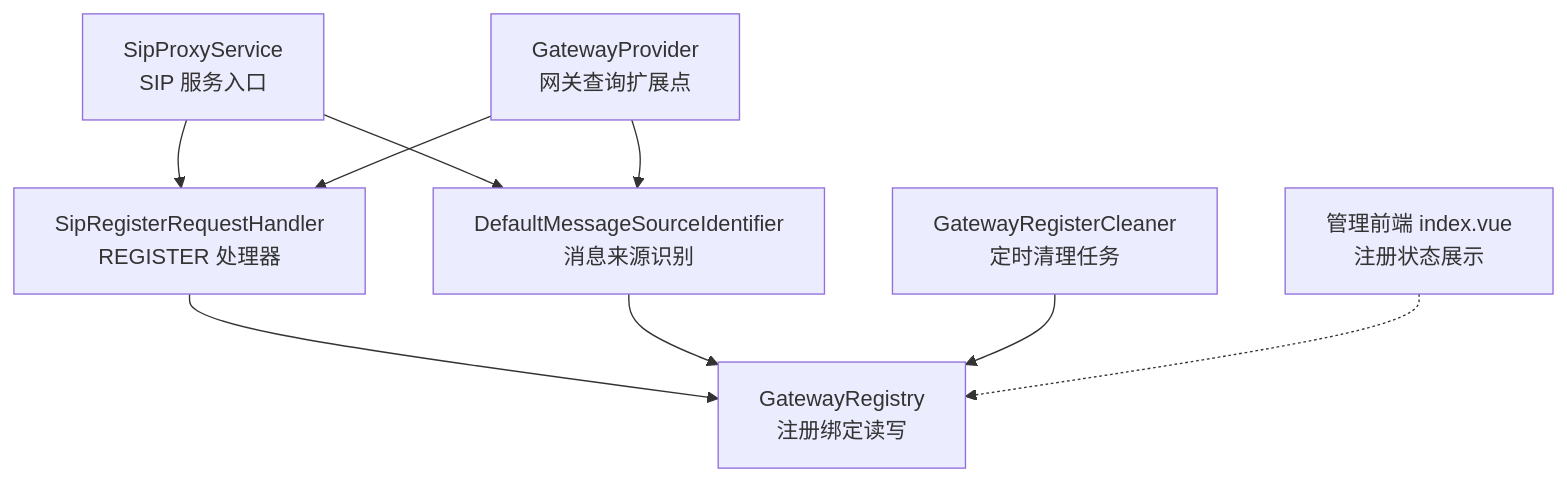
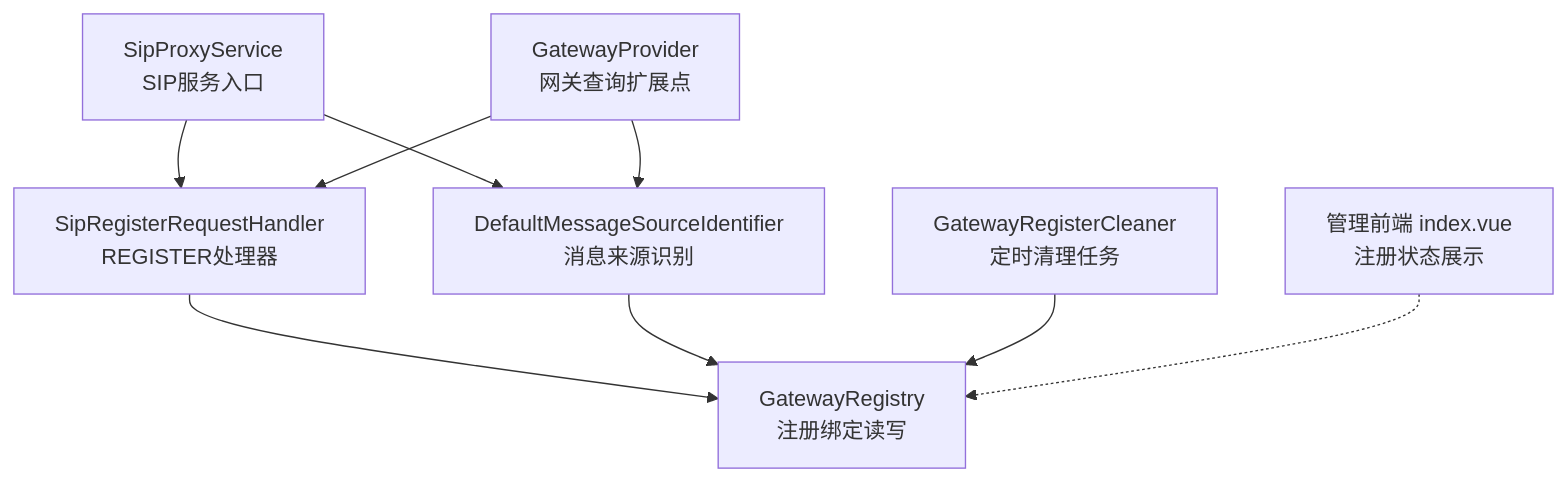
Before and after one commit to D2Moqi/open-ipcc: the first of 7 diagrams in .qoder/repowiki/zh/content/架构设计/SIP代理架构/4G网关注册模式实现方案.md, drawn with Mermaid. The commit also changed other lines of this file and 15 other files, not shown here.

````diff
--- a/.qoder/repowiki/zh/content/架构设计/SIP代理架构/4G网关注册模式实现方案.md
+++ b/.qoder/repowiki/zh/content/架构设计/SIP代理架构/4G网关注册模式实现方案.md
@@ -56,11 +46,11 @@
 ```mermaid
 graph TB
-A["SipProxyService<br/>SIP 服务入口"] --> B["SipRegisterRequestHandler<br/>REGISTER 处理器"]
+A["SipProxyService<br/>SIP服务入口"] --> B["SipRegisterRequestHandler<br/>REGISTER处理器"]
 A --> C["DefaultMessageSourceIdentifier<br/>消息来源识别"]
 B --> D["GatewayRegistry<br/>注册绑定读写"]
 C --> D
 E["GatewayProvider<br/>网关查询扩展点"] --> C
 E --> B
 F["GatewayRegisterCleaner<br/>定时清理任务"] --> D
 G["管理前端 index.vue<br/>注册状态展示"] -.-> D
 ```
````
